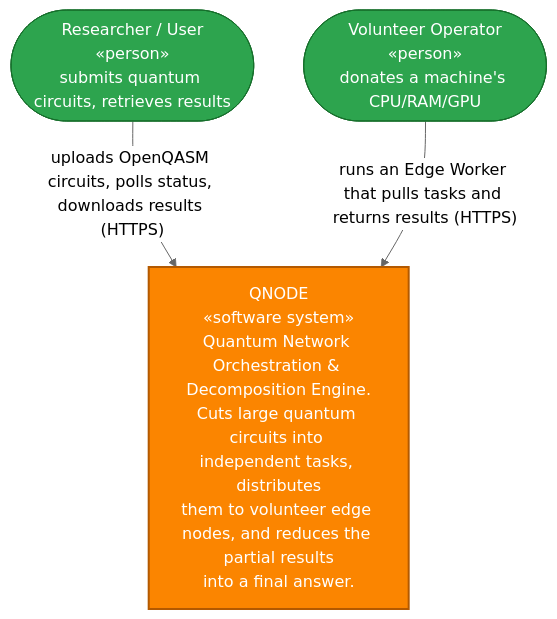
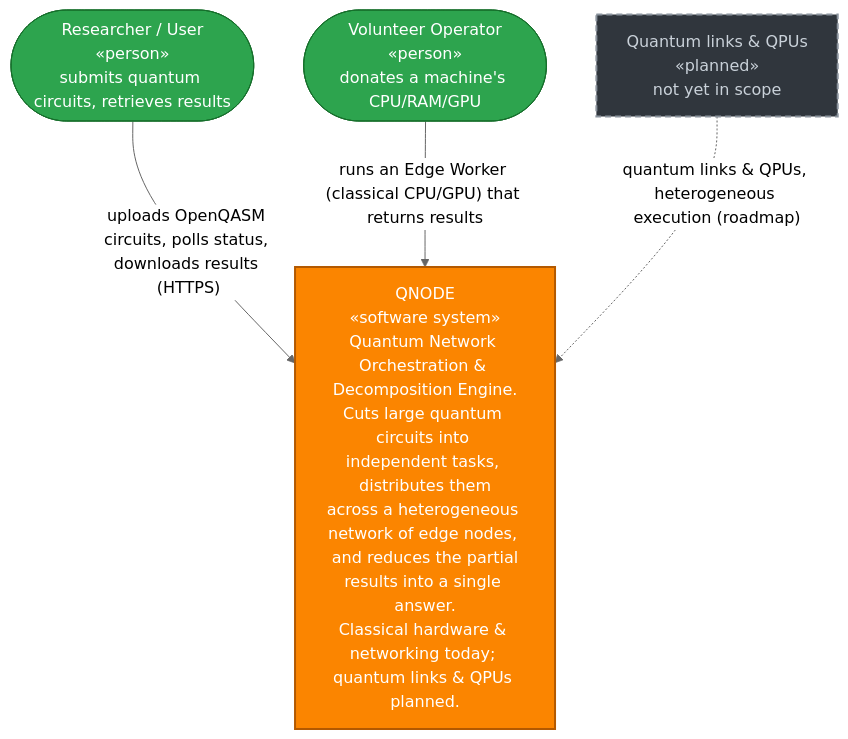
One commit to SecQDevOps/.github changed the diagram in profile/README.md. Above: the diagram before and after it, drawn with Mermaid (neutral theme). The commit also changed other lines of this file, not shown here.

First line of the commit message:
docs: frame QNODE as the heterogeneous IoQT execution core

````diff
--- a/profile/README.md
+++ b/profile/README.md
@@ -24,13 +33,16 @@
 ```mermaid
 flowchart TB
     researcher(["Researcher / User<br/>«person»<br/>submits quantum circuits, retrieves results"]):::person
     volunteer(["Volunteer Operator<br/>«person»<br/>donates a machine's CPU/RAM/GPU"]):::person
 
-    qnode["QNODE<br/>«software system»<br/>Quantum Network Orchestration &amp; Decomposition Engine.<br/>Cuts large quantum circuits into independent tasks, distributes<br/>them to volunteer edge nodes, and reduces the partial results<br/>into a final answer."]:::focus
+    qnode["QNODE<br/>«software system»<br/>Quantum Network Orchestration &amp; Decomposition Engine.<br/>Cuts large quantum circuits into independent tasks, distributes them<br/>across a heterogeneous network of edge nodes, and reduces the partial<br/>results into a single answer.<br/>Classical hardware &amp; networking today; quantum links &amp; QPUs planned."]:::focus
+    future["Quantum links &amp; QPUs<br/>«planned»<br/>not yet in scope"]:::planned
 
     researcher -->|"uploads OpenQASM circuits, polls status, downloads results (HTTPS)"| qnode
-    volunteer -->|"runs an Edge Worker that pulls tasks and returns results (HTTPS)"| qnode
+    volunteer -->|"runs an Edge Worker (classical CPU/GPU) that returns results"| qnode
+    future -.->|"quantum links &amp QPUs, heterogeneous execution (roadmap)"| qnode
 
     classDef focus fill:#fb8500,stroke:#b35900,color:#fff,stroke-width:2px
     classDef person fill:#2da44e,stroke:#176f2c,color:#fff
+    classDef planned fill:#30363d,stroke:#8b949e,stroke-width:2px,stroke-dasharray:6 4,color:#c9d1d9
 ```
````
